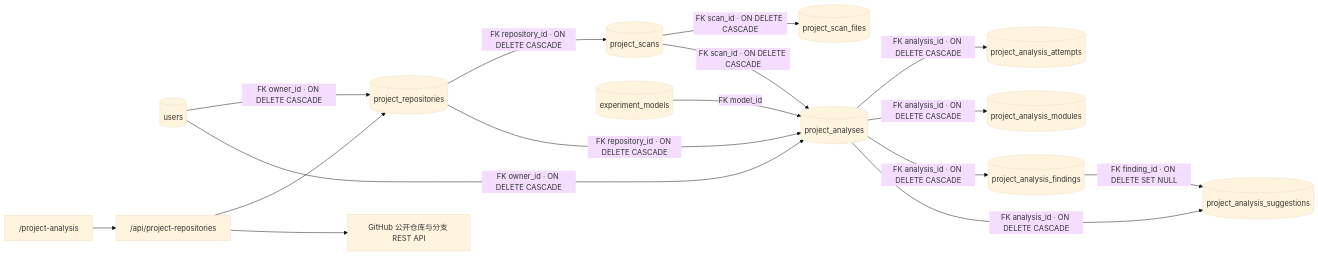
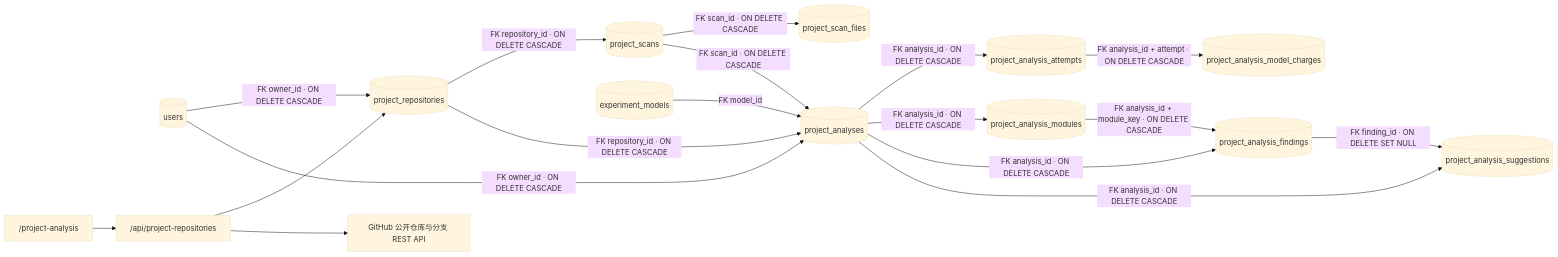
One commit to weiAX95/admin changed the fifth of 17 diagrams in docs/database-relationships.md. Above: the diagram before and after it, drawn with Mermaid (base theme). The commit also changed other lines of this file and 10 other files, not shown here.

````diff
--- a/docs/database-relationships.md
+++ b/docs/database-relationships.md
@@ -73,17 +73,19 @@
 ```mermaid
 flowchart LR
   Users[(users)] -->|"FK owner_id · ON DELETE CASCADE"| Repositories[(project_repositories)]
   Page["/project-analysis"] --> API["/api/project-repositories"] --> Repositories
   API --> GitHub["GitHub 公开仓库与分支 REST API"]
   Repositories -->|"FK repository_id · ON DELETE CASCADE"| Scans[(project_scans)]
   Scans -->|"FK scan_id · ON DELETE CASCADE"| Files[(project_scan_files)]
   Repositories -->|"FK repository_id · ON DELETE CASCADE"| Analyses[(project_analyses)]
   Scans -->|"FK scan_id · ON DELETE CASCADE"| Analyses
   Users -->|"FK owner_id · ON DELETE CASCADE"| Analyses
   Models[(experiment_models)] -->|"FK model_id"| Analyses
   Analyses -->|"FK analysis_id · ON DELETE CASCADE"| Attempts[(project_analysis_attempts)]
+  Attempts -->|"FK analysis_id + attempt · ON DELETE CASCADE"| Charges[(project_analysis_model_charges)]
   Analyses -->|"FK analysis_id · ON DELETE CASCADE"| Modules[(project_analysis_modules)]
+  Modules -->|"FK analysis_id + module_key · ON DELETE CASCADE"| Findings[(project_analysis_findings)]
   Analyses -->|"FK analysis_id · ON DELETE CASCADE"| Findings[(project_analysis_findings)]
   Analyses -->|"FK analysis_id · ON DELETE CASCADE"| Suggestions[(project_analysis_suggestions)]
   Findings -->|"FK finding_id · ON DELETE SET NULL"| Suggestions
 ```
````
